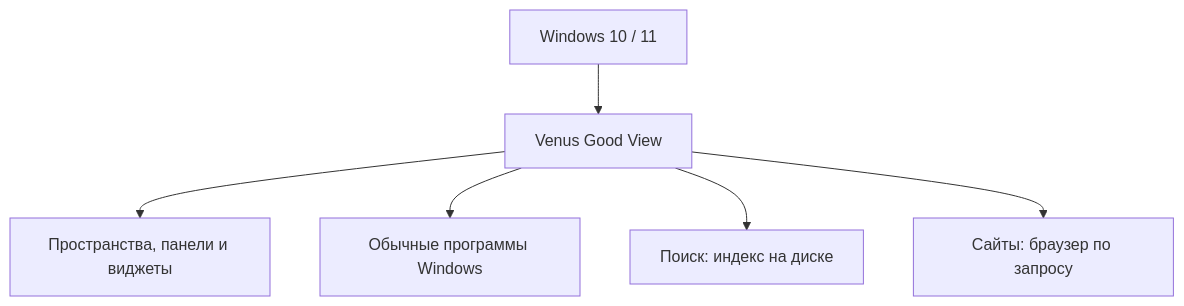
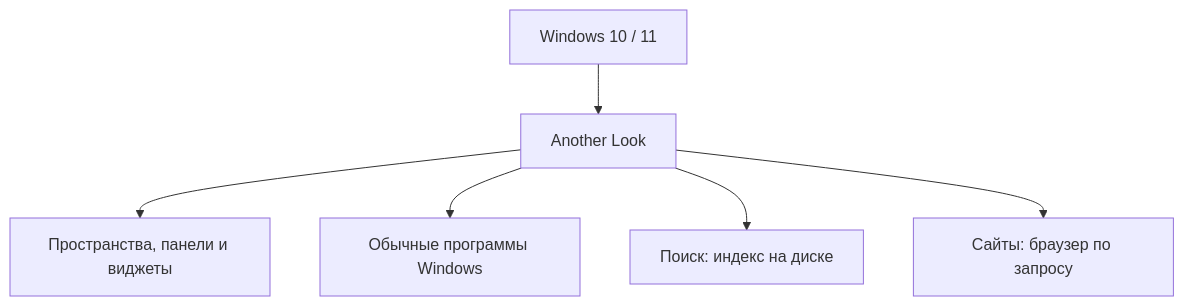
One commit to MantyZOR/AnotherLook changed the diagram in README.md. Above: the diagram before and after it, drawn with Mermaid. The commit also changed other lines of this file and 2 other files, not shown here.

Commit message:
Rename the public project to Another Look

````diff
--- a/README.md
+++ b/README.md
@@ -69,8 +69,8 @@
 ```mermaid
 flowchart TD
-    W[Windows 10 / 11] --> V[Venus Good View]
+    W[Windows 10 / 11] --> V[Another Look]
     V --> P[Пространства, панели и виджеты]
     V --> A[Обычные программы Windows]
     V --> S[Поиск: индекс на диске]
     V --> B[Сайты: браузер по запросу]
 ```
````
